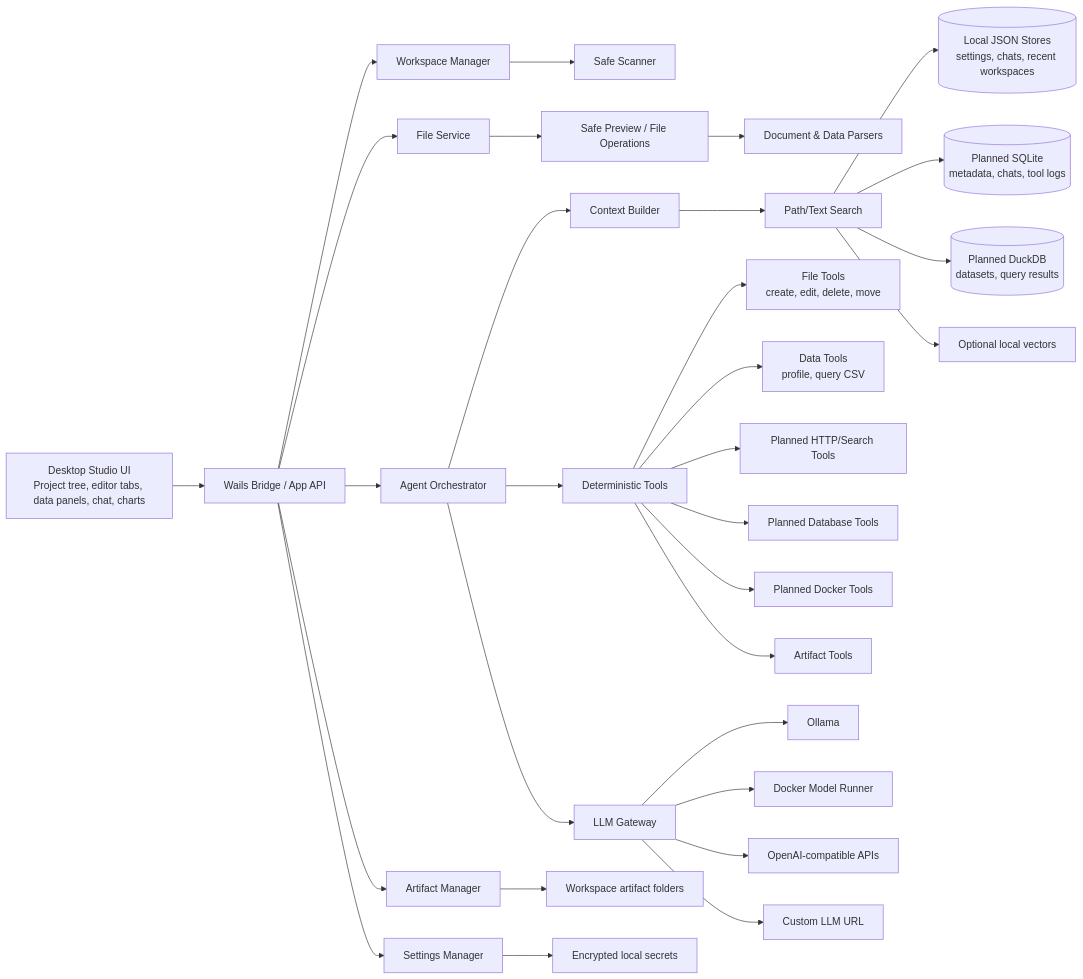
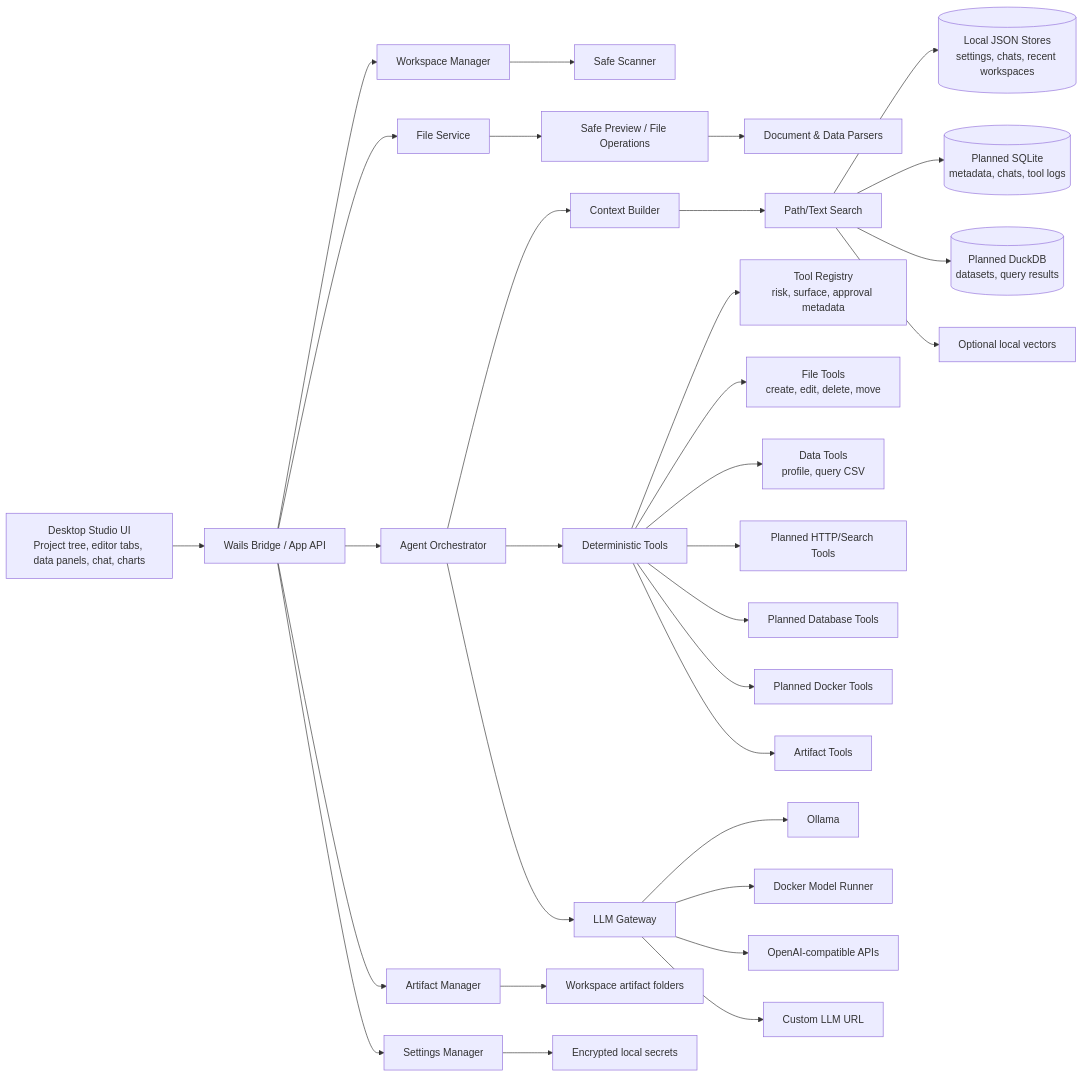
Before and after one commit to RCooLeR/NexusDesk: the diagram in docs/02_ARCHITECTURE.md, drawn with Mermaid. The commit also changed other lines of this file and 27 other files, not shown here.

````diff
--- a/docs/02_ARCHITECTURE.md
+++ b/docs/02_ARCHITECTURE.md
@@ -39,39 +41,40 @@
 ```mermaid
 flowchart LR
   UI["Desktop Studio UI<br/>Project tree, editor tabs, data panels, chat, charts"] --> Bridge["Wails Bridge / App API"]
 
   Bridge --> Workspace["Workspace Manager"]
   Bridge --> Files["File Service"]
   Bridge --> Agent["Agent Orchestrator"]
   Bridge --> Artifacts["Artifact Manager"]
   Bridge --> Settings["Settings Manager"]
 
   Workspace --> Scanner["Safe Scanner"]
   Files --> Previewer["Safe Preview / File Operations"]
   Previewer --> Parsers["Document & Data Parsers"]
 
   Agent --> Context["Context Builder"]
   Agent --> Tools["Deterministic Tools"]
   Agent --> LLM["LLM Gateway"]
 
   Context --> Search["Path/Text Search"]
   Search --> JsonStores[("Local JSON Stores<br/>settings, chats, recent workspaces")]
   Search --> FutureAppDB[("Planned SQLite<br/>metadata, chats, tool logs")]
   Search --> FutureAnalyticsDB[("Planned DuckDB<br/>datasets, query results")]
   Search --> FutureVectorStore["Optional local vectors"]
 
+  Tools --> Registry["Tool Registry<br/>risk, surface, approval metadata"]
   Tools --> FileTools["File Tools<br/>create, edit, delete, move"]
   Tools --> DataTools["Data Tools<br/>profile, query CSV"]
   Tools --> FutureWebTools["Planned HTTP/Search Tools"]
   Tools --> FutureDBTools["Planned Database Tools"]
   Tools --> FutureDockerTools["Planned Docker Tools"]
   Tools --> ArtifactTools["Artifact Tools"]
 
   LLM --> Ollama["Ollama"]
   LLM --> DockerModelRunner["Docker Model Runner"]
   LLM --> OpenAICompat["OpenAI-compatible APIs"]
   LLM --> CustomGateway["Custom LLM URL"]
 
   Artifacts --> WorkspaceFiles["Workspace artifact folders"]
   Settings --> Secrets["Encrypted local secrets"]
 ```
````
